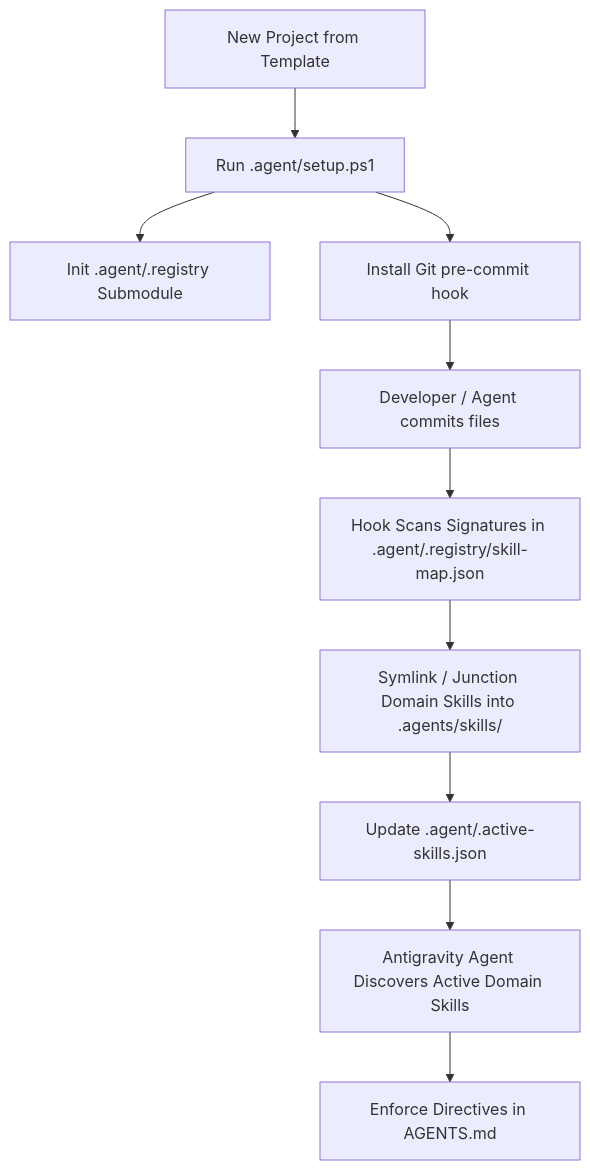
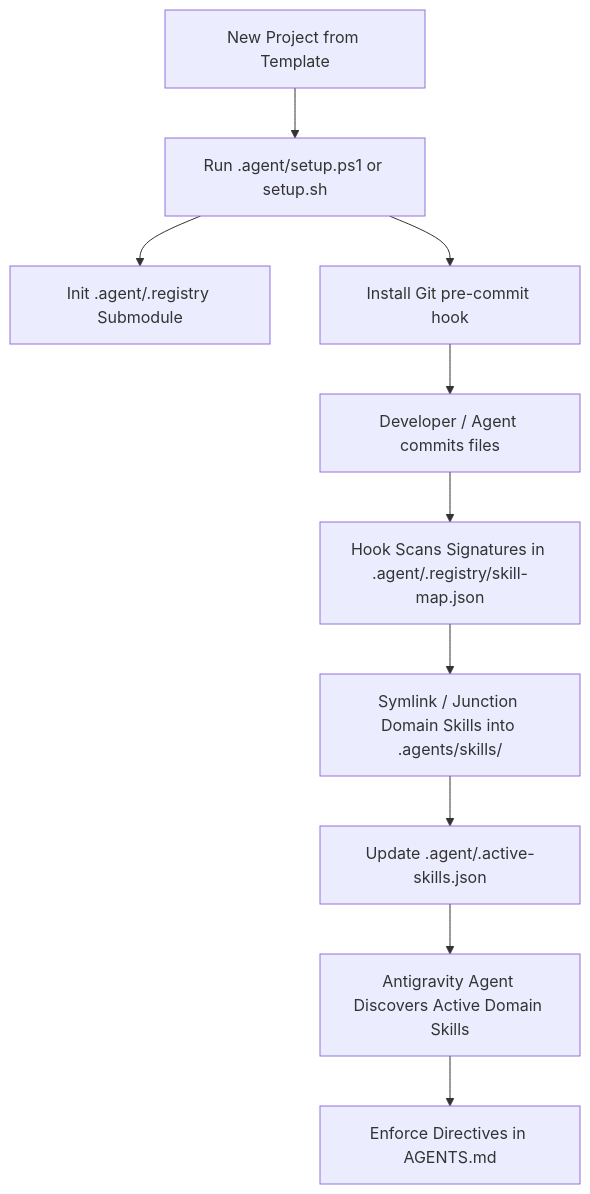
The diagram in README.md (Awesome06/AgenticTemplate), drawn with Mermaid before and after one commit. The commit also changed other lines of this file and 4 other files, not shown here.

````diff
--- a/README.md
+++ b/README.md
@@ -19,12 +19,12 @@
 ```mermaid
 graph TD
-    A[New Project from Template] --> B[Run .agent/setup.ps1]
+    A[New Project from Template] --> B[Run .agent/setup.ps1 or setup.sh]
     B --> C[Init .agent/.registry Submodule]
     B --> D[Install Git pre-commit hook]
     D --> E[Developer / Agent commits files]
     E --> F[Hook Scans Signatures in .agent/.registry/skill-map.json]
     F --> G[Symlink / Junction Domain Skills into .agents/skills/]
     G --> H[Update .agent/.active-skills.json]
     H --> I[Antigravity Agent Discovers Active Domain Skills]
     I --> J[Enforce Directives in AGENTS.md]
 ```
````
